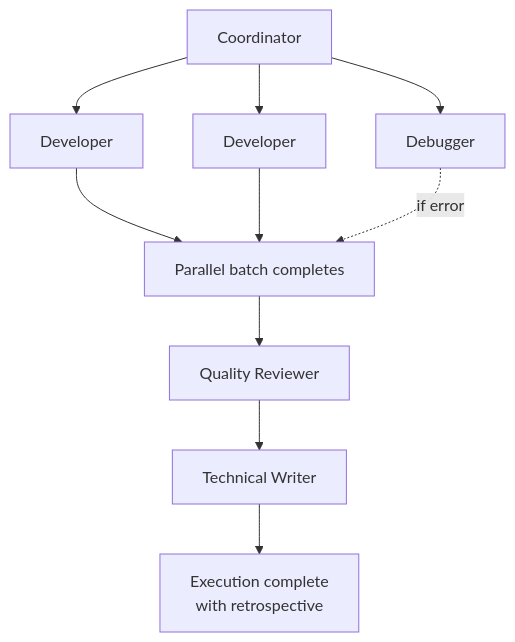
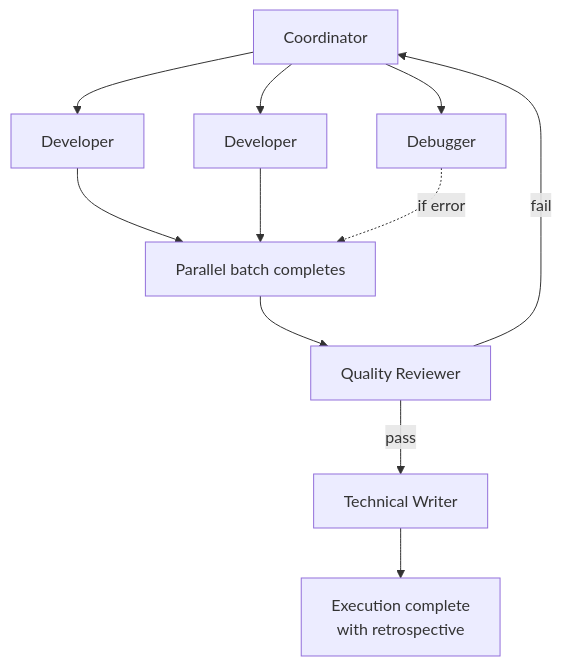
Before and after one commit to gcharang/claude-config: the third of 4 diagrams in README.md, drawn with Mermaid. The commit also changed other lines of this file, not shown here.

````diff
--- a/README.md
+++ b/README.md
@@ -191,12 +194,13 @@
 ```mermaid
 flowchart TB
     C[Coordinator] --> D1[Developer]
     C --> D2[Developer]
     C --> D3[Debugger]
     D1 --> batch[Parallel batch completes]
     D2 --> batch
     D3 -.->|if error| batch
     batch --> QR[Quality Reviewer]
-    QR --> TW[Technical Writer]
+    QR -->|pass| TW[Technical Writer]
+    QR -->|fail| C
     TW --> done[Execution complete<br>with retrospective]
 ```
````
